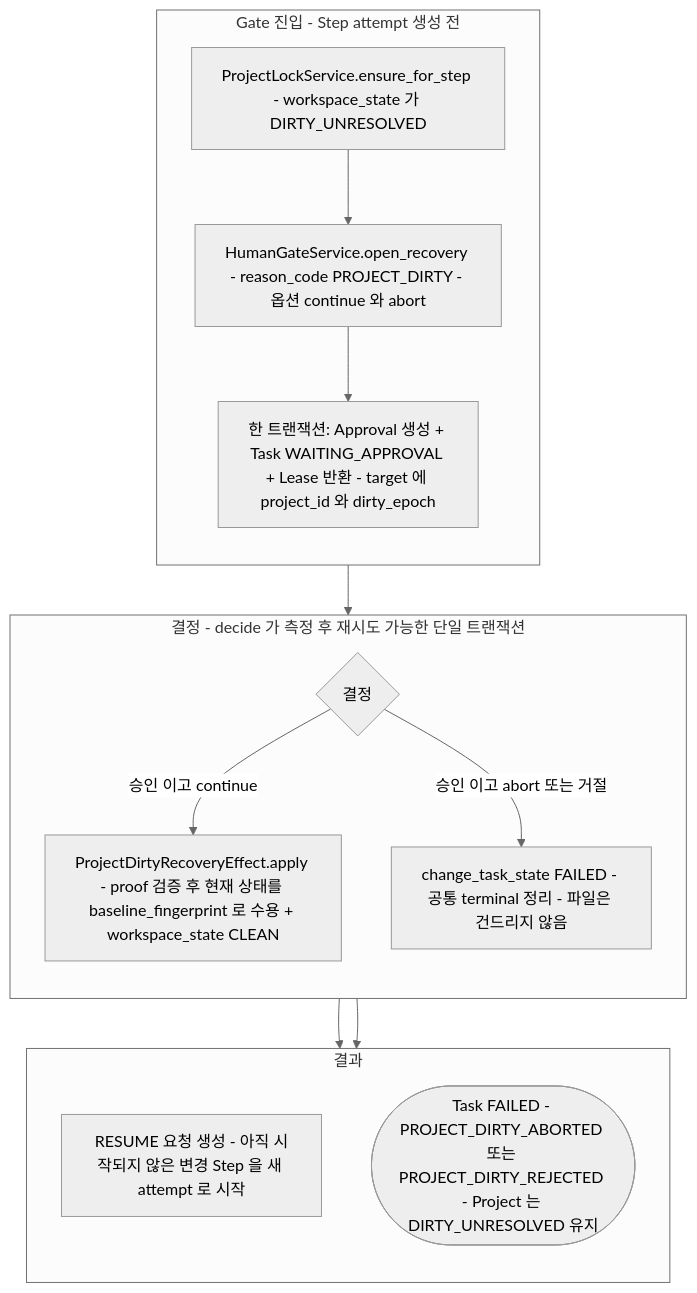
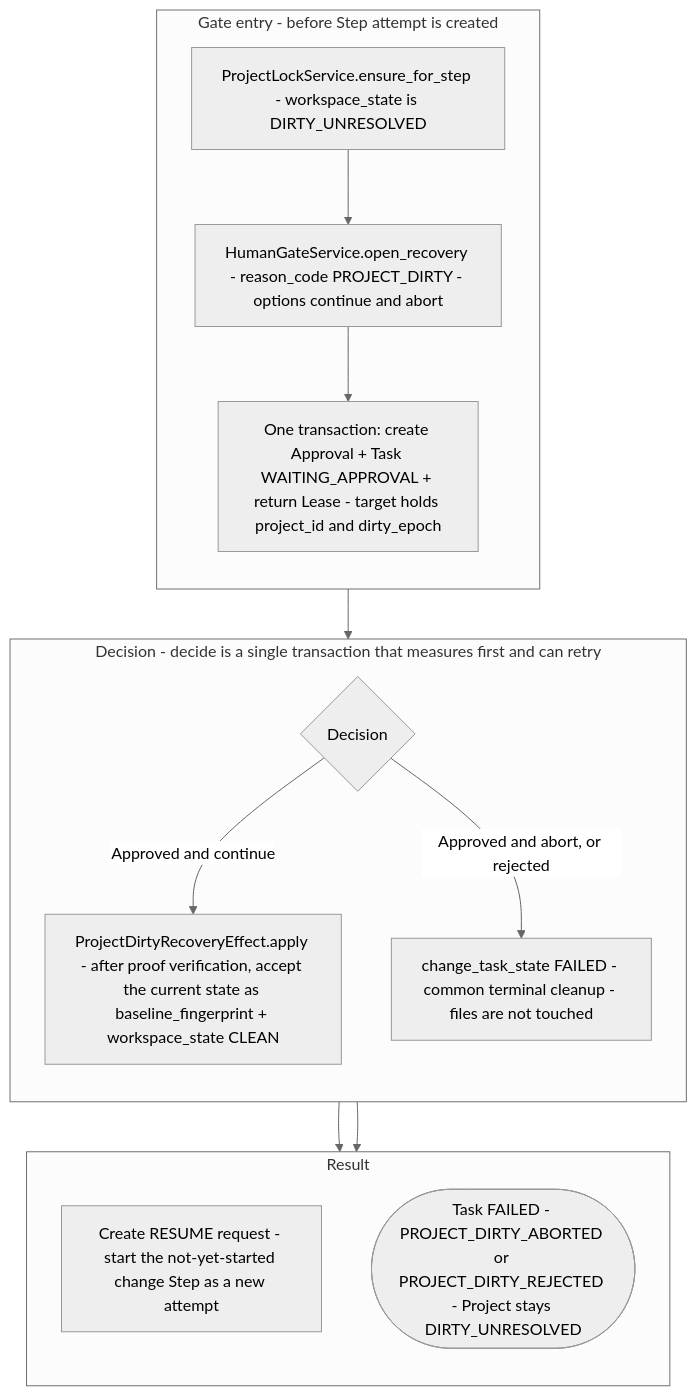
Before and after one commit to mdgome/orchestra-ai: the fifth of 5 diagrams in docs/workflow/08-human-gate.md, drawn with Mermaid (neutral theme). The commit also changed other lines of this file and 31 other files, not shown here.

````diff
--- a/docs/workflow/08-human-gate.md
+++ b/docs/workflow/08-human-gate.md
@@ -202,25 +204,25 @@
 ```mermaid
 flowchart TD
-    subgraph OPEN["Gate 진입 - Step attempt 생성 전"]
+    subgraph OPEN["Gate entry - before Step attempt is created"]
         direction TB
-        A["ProjectLockService.ensure_for_step - workspace_state 가 DIRTY_UNRESOLVED"] --> B["HumanGateService.open_recovery - reason_code PROJECT_DIRTY - 옵션 continue 와 abort"]
-        B --> C["한 트랜잭션: Approval 생성 + Task WAITING_APPROVAL + Lease 반환 - target 에 project_id 와 dirty_epoch"]
+        A["ProjectLockService.ensure_for_step - workspace_state is DIRTY_UNRESOLVED"] --> B["HumanGateService.open_recovery - reason_code PROJECT_DIRTY - options continue and abort"]
+        B --> C["One transaction: create Approval + Task WAITING_APPROVAL + return Lease - target holds project_id and dirty_epoch"]
     end
 
-    subgraph DECIDE["결정 - decide 가 측정 후 재시도 가능한 단일 트랜잭션"]
+    subgraph DECIDE["Decision - decide is a single transaction that measures first and can retry"]
         direction TB
-        D{"결정"}
-        D -->|"승인 이고 continue"| E["ProjectDirtyRecoveryEffect.apply - proof 검증 후 현재 상태를 baseline_fingerprint 로 수용 + workspace_state CLEAN"]
-        D -->|"승인 이고 abort 또는 거절"| F["change_task_state FAILED - 공통 terminal 정리 - 파일은 건드리지 않음"]
+        D{"Decision"}
+        D -->|"Approved and continue"| E["ProjectDirtyRecoveryEffect.apply - after proof verification, accept the current state as baseline_fingerprint + workspace_state CLEAN"]
+        D -->|"Approved and abort, or rejected"| F["change_task_state FAILED - common terminal cleanup - files are not touched"]
     end
 
-    subgraph OUTCOME["결과"]
+    subgraph OUTCOME["Result"]
         direction TB
-        R["RESUME 요청 생성 - 아직 시작되지 않은 변경 Step 을 새 attempt 로 시작"]
-        X(["Task FAILED - PROJECT_DIRTY_ABORTED 또는 PROJECT_DIRTY_REJECTED - Project 는 DIRTY_UNRESOLVED 유지"])
+        R["Create RESUME request - start the not-yet-started change Step as a new attempt"]
+        X(["Task FAILED - PROJECT_DIRTY_ABORTED or PROJECT_DIRTY_REJECTED - Project stays DIRTY_UNRESOLVED"])
     end
 
     C --> D
     E --> R
     F --> X
 ```
````
